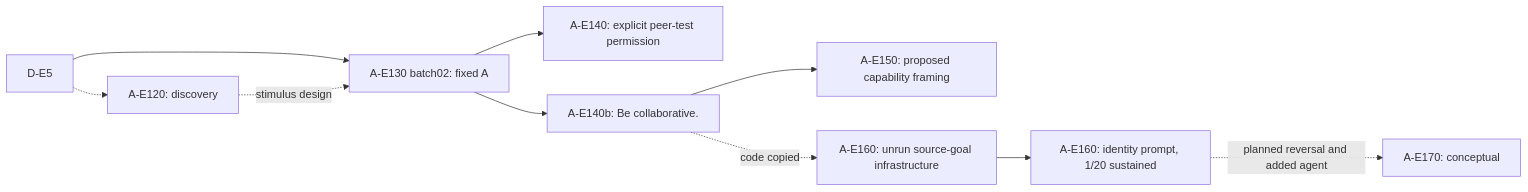
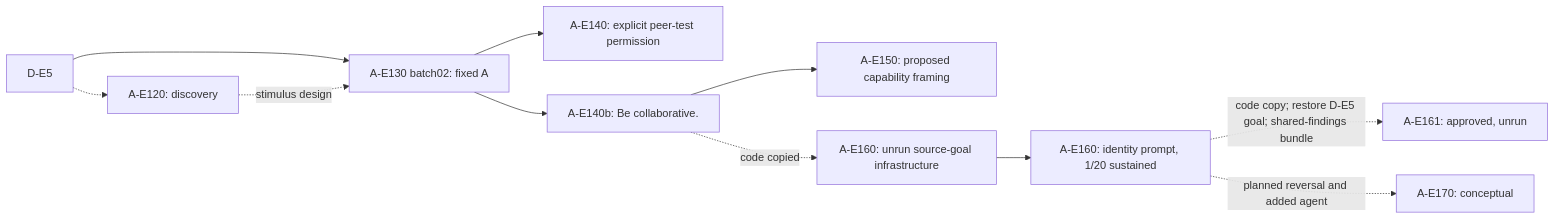
Before and after one commit to andyjphu/allelo-experiments: the diagram in README.md, drawn with Mermaid. The commit also changed other lines of this file and 3 other files, not shown here.

````diff
--- a/README.md
+++ b/README.md
@@ -10,12 +10,13 @@
 ```mermaid
 flowchart LR
     source["D-E5"] --> fixed["A-E130 batch02: fixed A"]
     source -.-> discovery["A-E120: discovery"]
     discovery -. "stimulus design" .-> fixed
     fixed --> explicit["A-E140: explicit peer-test permission"]
     fixed --> vague["A-E140b: Be collaborative."]
     vague --> proposed["A-E150: proposed capability framing"]
     vague -. "code copied" .-> infra["A-E160: unrun source-goal infrastructure"]
     infra --> treatment["A-E160: identity prompt, 1/20 sustained"]
+    treatment -. "code copy; restore D-E5 goal; shared-findings bundle" .-> salience["A-E161: approved, unrun"]
     treatment -. "planned reversal and added agent" .-> next["A-E170: conceptual"]
 ```
````
